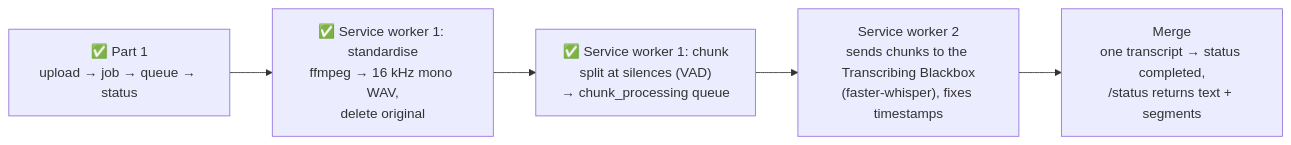
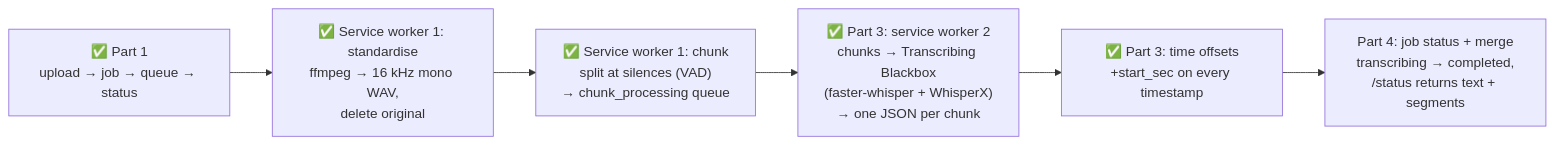
Before and after one commit to yahyalfc/audio-transcriptor: the ninth of 9 diagrams in README.md, drawn with Mermaid. The commit also changed other lines of this file and 12 other files, not shown here.

````diff
--- a/README.md
+++ b/README.md
@@ -466,9 +566,10 @@
 ```mermaid
 flowchart LR
     P1["✅ Part 1<br/>upload → job → queue → status"]
     P2a["✅ Service worker 1: standardise<br/>ffmpeg → 16 kHz mono WAV,<br/>delete original"]
     P2["✅ Service worker 1: chunk<br/>split at silences (VAD)<br/>→ chunk_processing queue"]
-    P3["Service worker 2<br/>sends chunks to the Transcribing Blackbox<br/>(faster-whisper), fixes timestamps"]
-    P4["Merge<br/>one transcript → status completed,<br/>/status returns text + segments"]
-    P1 --> P2a --> P2 --> P3 --> P4
+    P3["✅ Part 3: service worker 2<br/>chunks → Transcribing Blackbox<br/>(faster-whisper + WhisperX)<br/>→ one JSON per chunk"]
+    P3b["✅ Part 3: time offsets<br/>+start_sec on every timestamp"]
+    P4["Part 4: job status + merge<br/>transcribing → completed,<br/>/status returns text + segments"]
+    P1 --> P2a --> P2 --> P3 --> P3b --> P4
 ```
````
